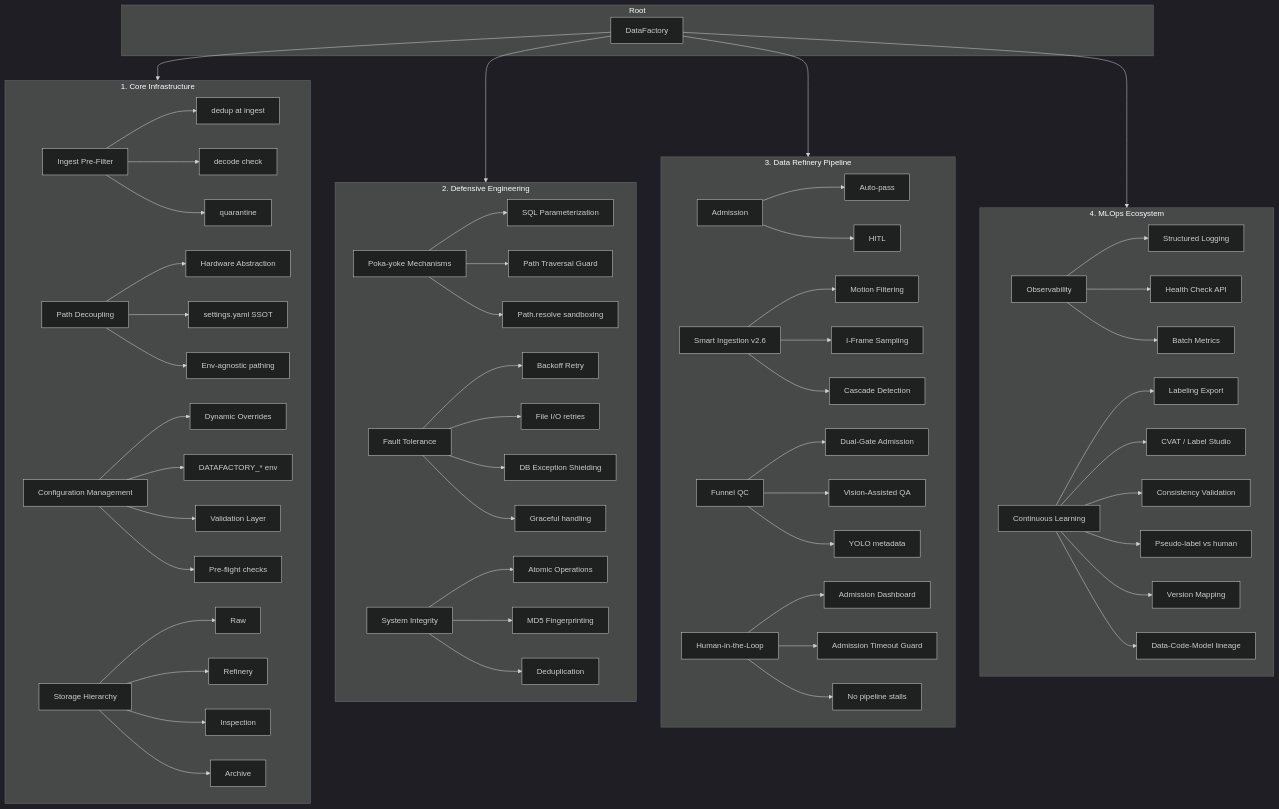
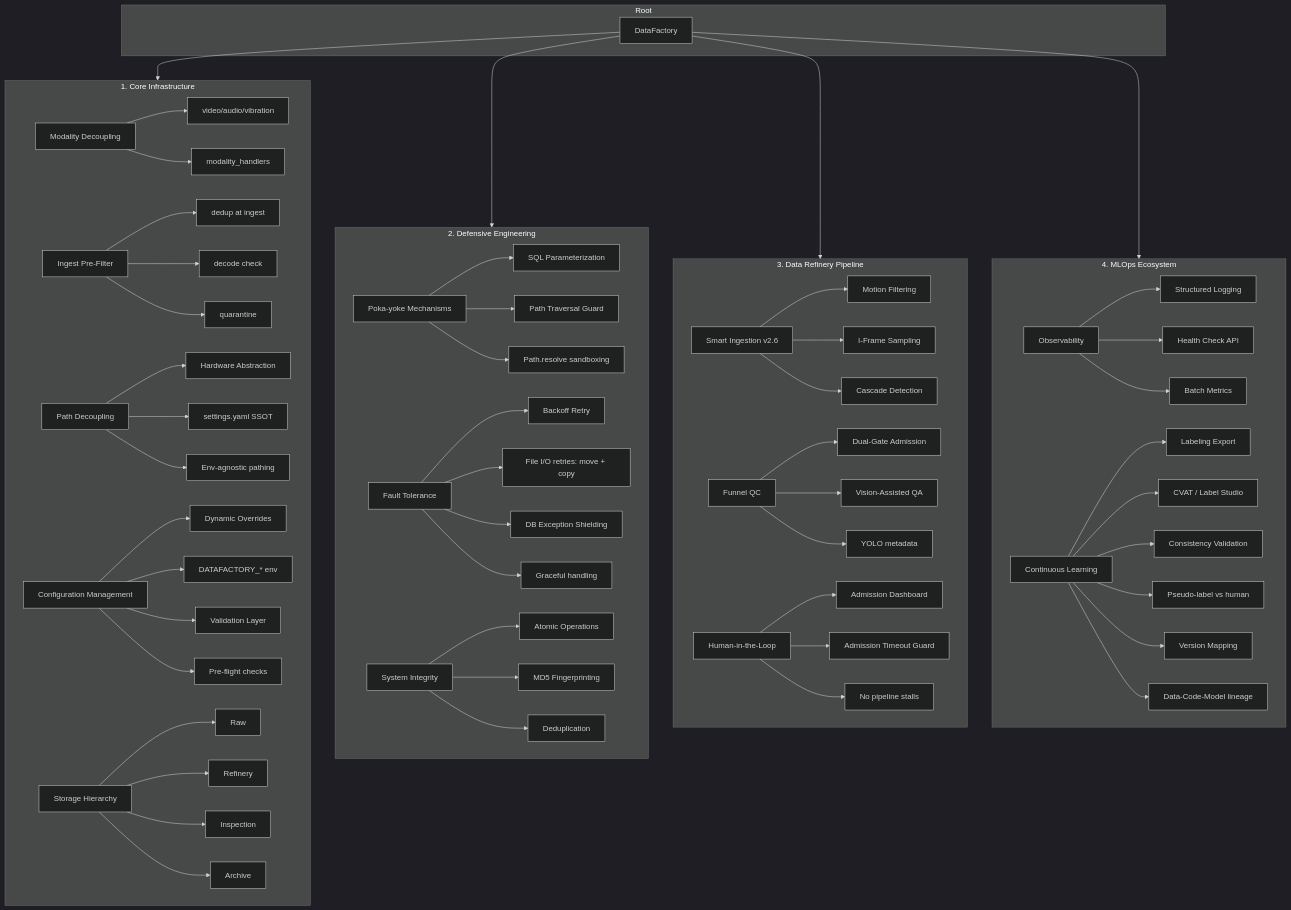
The diagram in docs/architecture_mindmap.md (smileyimao/DataFactory), drawn with Mermaid (dark theme) before and after one commit. The commit also changed other lines of this file and 39 other files, not shown here.

````diff
--- a/docs/architecture_mindmap.md
+++ b/docs/architecture_mindmap.md
@@ -5,80 +5,80 @@
 ```mermaid
 flowchart TD
     subgraph Root
         DF[DataFactory]
     end
 
     subgraph CI[1. Core Infrastructure]
         PD[Path Decoupling]
         CM[Configuration Management]
+        MOD[Modality Decoupling]
+        MOD --> MOD1[video/audio/vibration]
+        MOD --> MOD2[modality_handlers]
         SH[Storage Hierarchy]
         PF[Ingest Pre-Filter]
         PF --> PF1[dedup at ingest]
         PF --> PF2[decode check]
         PF --> PF3[quarantine]
         PD --> PD1[Hardware Abstraction]
         PD --> PD2[settings.yaml SSOT]
         PD --> PD3[Env-agnostic pathing]
         CM --> CM1[Dynamic Overrides]
         CM --> CM2[DATAFACTORY_* env]
         CM --> CM3[Validation Layer]
         CM --> CM4[Pre-flight checks]
         SH --> SH1[Raw]
         SH --> SH2[Refinery]
         SH --> SH3[Inspection]
         SH --> SH4[Archive]
     end
 
     subgraph DE[2. Defensive Engineering]
         PM[Poka-yoke Mechanisms]
         FT[Fault Tolerance]
         SI[System Integrity]
         PM --> PM1[SQL Parameterization]
         PM --> PM2[Path Traversal Guard]
         PM --> PM3[Path.resolve sandboxing]
         FT --> FT1[Backoff Retry]
-        FT --> FT2[File I/O retries]
+        FT --> FT2[File I/O retries: move + copy]
         FT --> FT3[DB Exception Shielding]
         FT --> FT4[Graceful handling]
         SI --> SI1[Atomic Operations]
         SI --> SI2[MD5 Fingerprinting]
         SI --> SI3[Deduplication]
     end
 
     subgraph DRP[3. Data Refinery Pipeline]
         SI26[Smart Ingestion v2.6]
         QC[Funnel QC]
-        ADM[Admission]
         HITL[Human-in-the-Loop]
-        ADM --> ADM1[Auto-pass]
-        ADM --> ADM2[HITL]
         SI26 --> SI26a[Motion Filtering]
         SI26 --> SI26b[I-Frame Sampling]
         SI26 --> SI26c[Cascade Detection]
         QC --> QC1[Dual-Gate Admission]
         QC --> QC2[Vision-Assisted QA]
         QC --> QC3[YOLO metadata]
         HITL --> HITL1[Admission Dashboard]
         HITL --> HITL2[Admission Timeout Guard]
         HITL --> HITL3[No pipeline stalls]
     end
 
     subgraph MLOps[4. MLOps Ecosystem]
         OBS[Observability]
         CL[Continuous Learning]
         OBS --> OBS1[Structured Logging]
         OBS --> OBS2[Health Check API]
         OBS --> OBS3[Batch Metrics]
         CL --> CL1[Labeling Export]
         CL --> CL2[CVAT / Label Studio]
         CL --> CL3[Consistency Validation]
         CL --> CL4[Pseudo-label vs human]
         CL --> CL5[Version Mapping]
         CL --> CL6[Data-Code-Model lineage]
     end
 
     DF --> CI
     DF --> DE
     DF --> DRP
     DF --> MLOps
 ```
````
